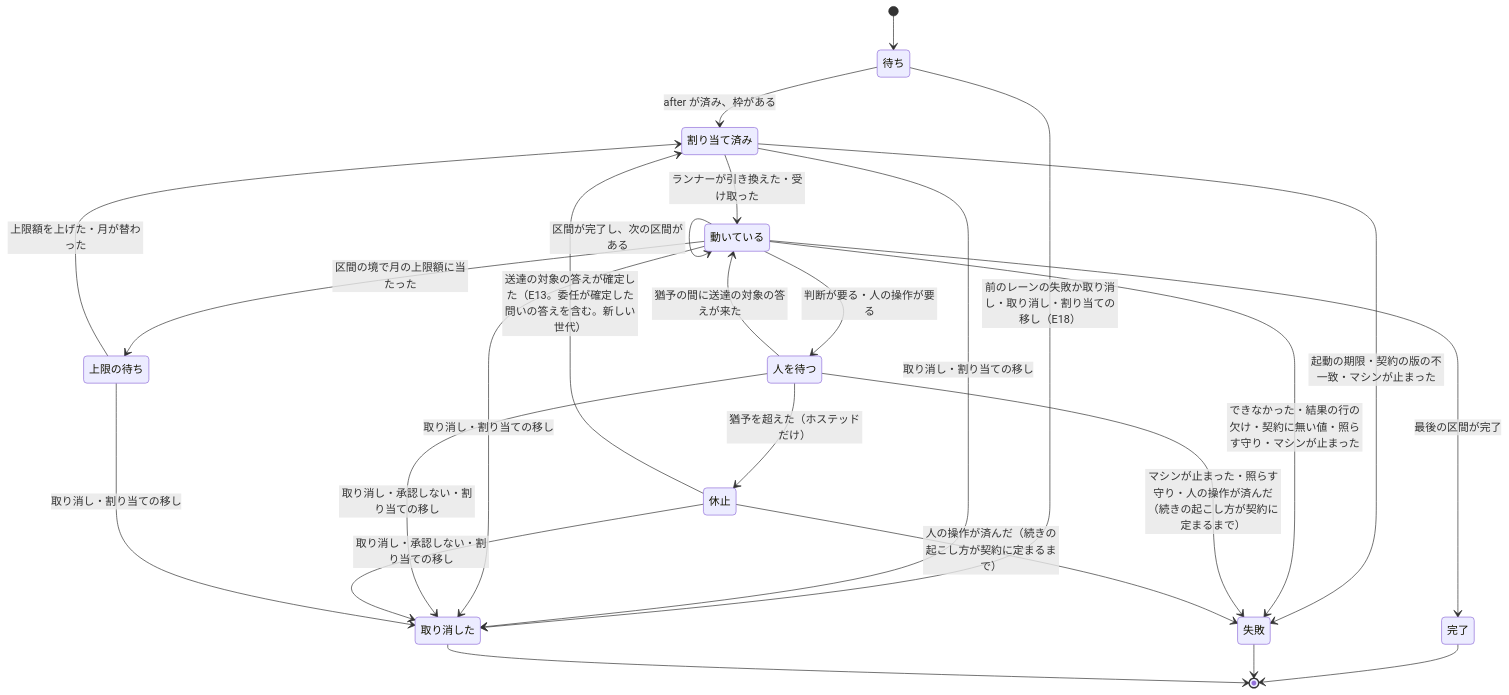
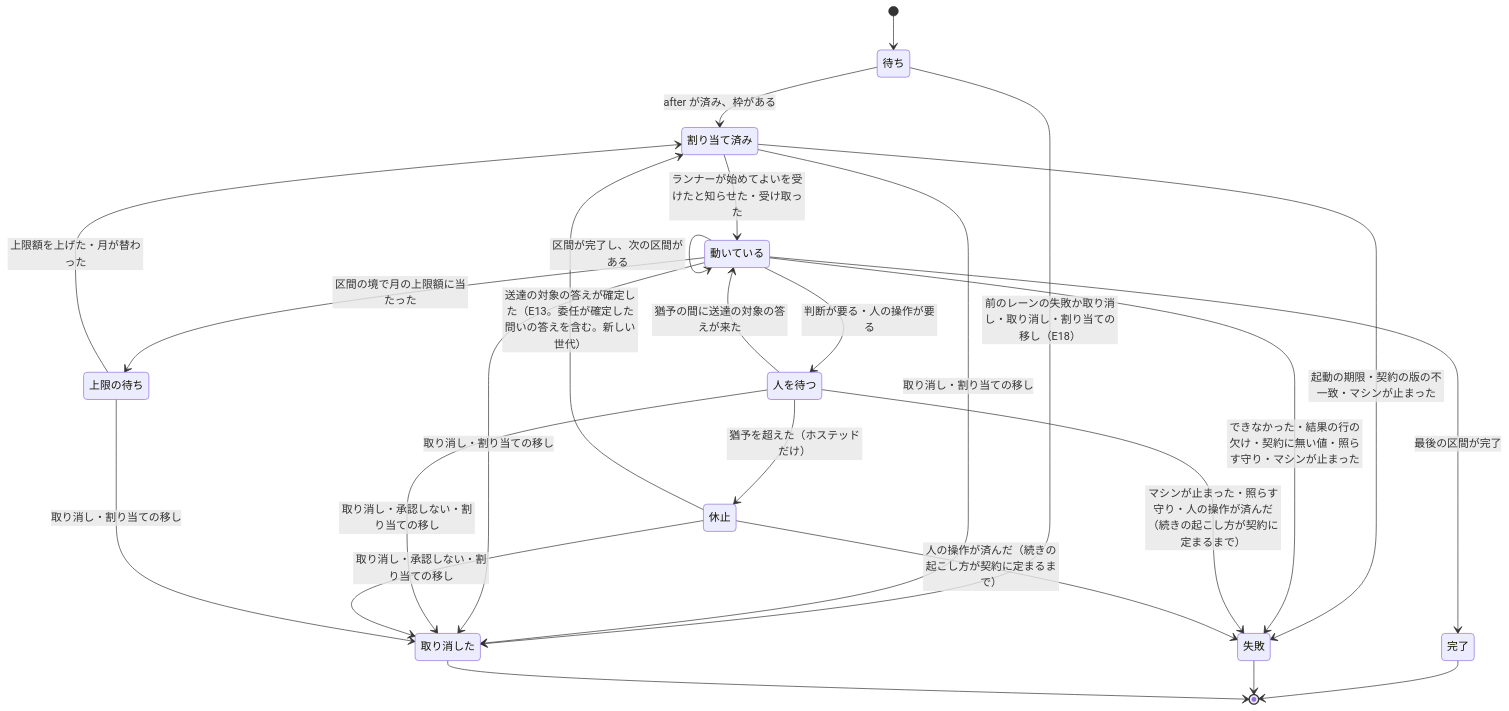
One commit to devbasex/nd-factory changed the fourth of 10 diagrams in docs/design/execution.md. Above: the diagram before and after it, drawn with Mermaid. The commit also changed other lines of this file and 2 other files, not shown here.

````diff
--- a/docs/design/execution.md
+++ b/docs/design/execution.md
@@ -110,27 +110,27 @@
 ```mermaid
 stateDiagram-v2
     [*] --> 待ち
     待ち --> 割り当て済み: after が済み、枠がある
     待ち --> 取り消した: 前のレーンの失敗か取り消し・取り消し・割り当ての移し（E18）
-    割り当て済み --> 動いている: ランナーが引き換えた・受け取った
+    割り当て済み --> 動いている: ランナーが始めてよいを受けたと知らせた・受け取った
     割り当て済み --> 失敗: 起動の期限・契約の版の不一致・マシンが止まった
     割り当て済み --> 取り消した: 取り消し・割り当ての移し
     動いている --> 動いている: 区間が完了し、次の区間がある
     動いている --> 人を待つ: 判断が要る・人の操作が要る
     人を待つ --> 動いている: 猶予の間に送達の対象の答えが来た
     人を待つ --> 休止: 猶予を超えた（ホステッドだけ）
     休止 --> 割り当て済み: 送達の対象の答えが確定した（E13。委任が確定した問いの答えを含む。新しい世代）
     動いている --> 上限の待ち: 区間の境で月の上限額に当たった
     上限の待ち --> 割り当て済み: 上限額を上げた・月が替わった
     動いている --> 完了: 最後の区間が完了
     動いている --> 失敗: できなかった・結果の行の欠け・契約に無い値・照らす守り・マシンが止まった
     人を待つ --> 失敗: マシンが止まった・照らす守り・人の操作が済んだ（続きの起こし方が契約に定まるまで）
     休止 --> 失敗: 人の操作が済んだ（続きの起こし方が契約に定まるまで）
     動いている --> 取り消した: 取り消し・割り当ての移し
     人を待つ --> 取り消した: 取り消し・承認しない・割り当ての移し
     休止 --> 取り消した: 取り消し・承認しない・割り当ての移し
     上限の待ち --> 取り消した: 取り消し・割り当ての移し
     完了 --> [*]
     失敗 --> [*]
     取り消した --> [*]
 ```
````
